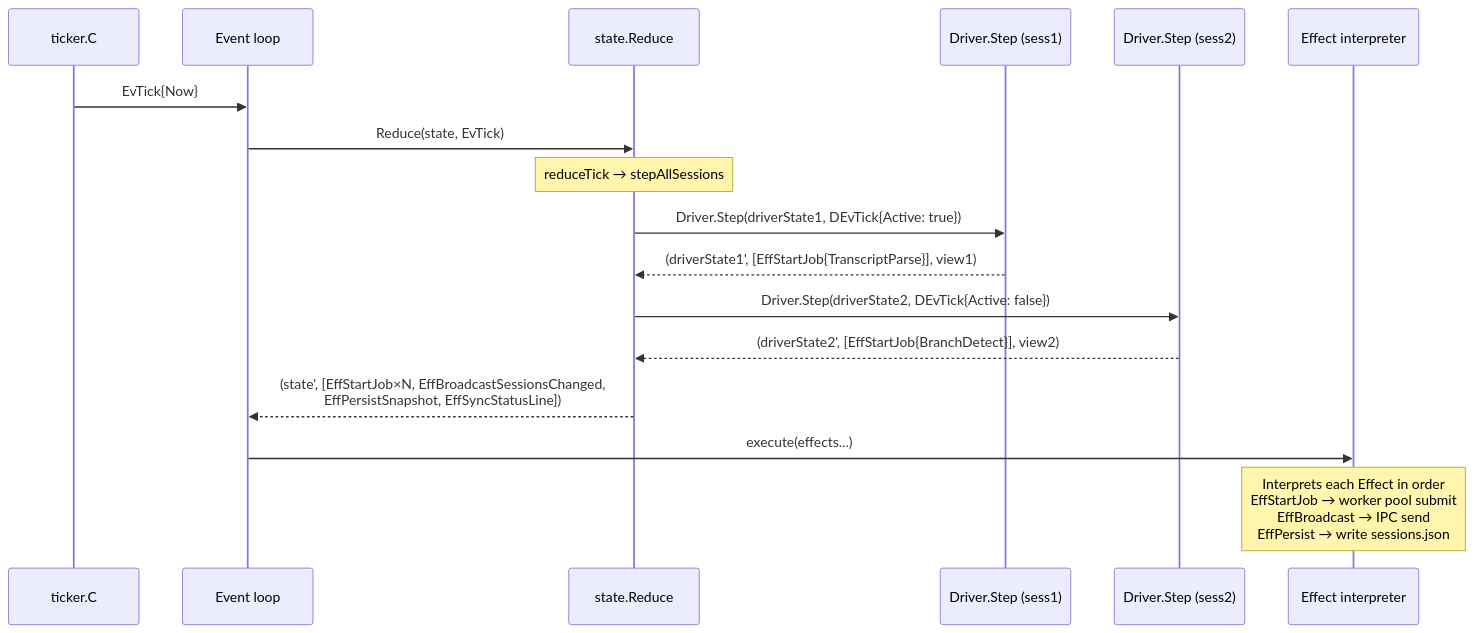
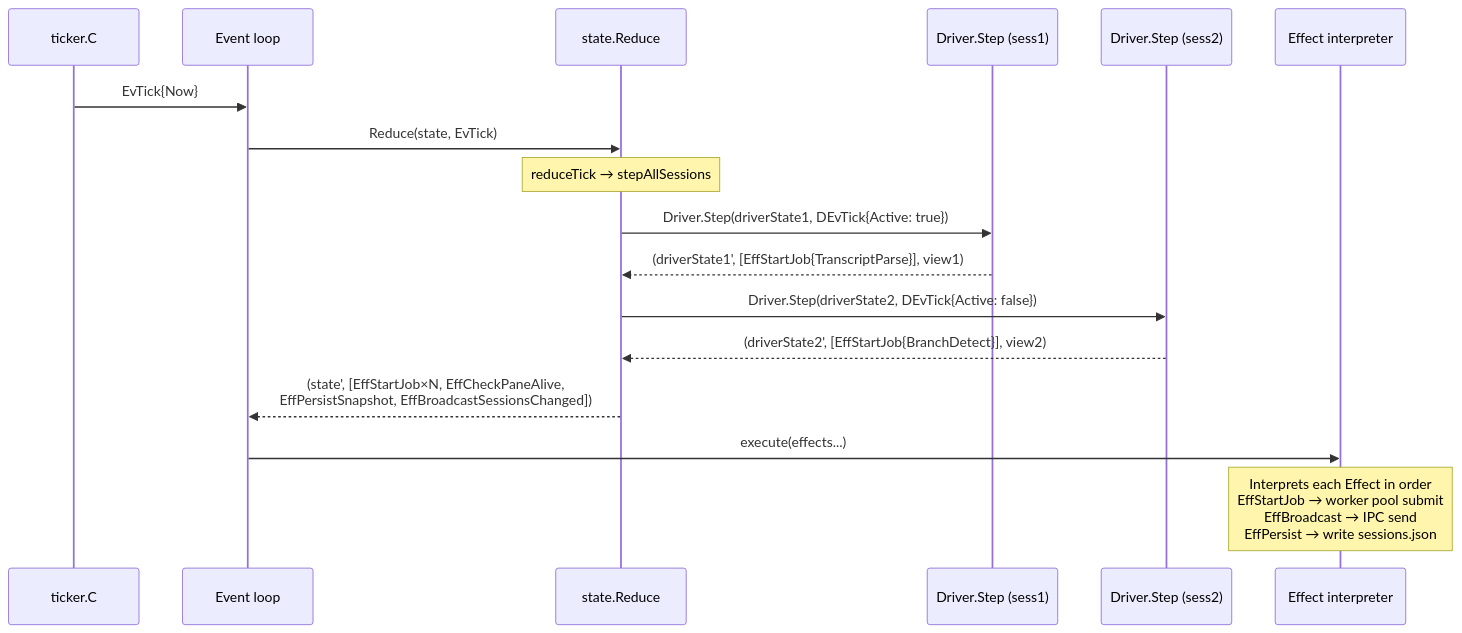
One commit to takezoh/agent-reactor changed the fifth of 7 diagrams in docs/technical/client/ipc.md. Above: the diagram before and after it, drawn with Mermaid. The commit also changed other lines of this file and 268 other files, not shown here.

````diff
--- a/docs/technical/client/ipc.md
+++ b/docs/technical/client/ipc.md
@@ -217,20 +211,20 @@
 ```mermaid
 sequenceDiagram
     participant Tk as ticker.C
     participant EL as Event loop
     participant Red as state.Reduce
     participant D1 as Driver.Step (sess1)
     participant D2 as Driver.Step (sess2)
     participant Interp as Effect interpreter
 
     Tk->>EL: EvTick{Now}
     EL->>Red: Reduce(state, EvTick)
     Note over Red: reduceTick → stepAllSessions
     Red->>D1: Driver.Step(driverState1, DEvTick{Active: true})
     D1-->>Red: (driverState1', [EffStartJob{TranscriptParse}], view1)
     Red->>D2: Driver.Step(driverState2, DEvTick{Active: false})
     D2-->>Red: (driverState2', [EffStartJob{BranchDetect}], view2)
-    Red-->>EL: (state', [EffStartJob×N, EffBroadcastSessionsChanged,<br/>EffPersistSnapshot, EffSyncStatusLine])
+    Red-->>EL: (state', [EffStartJob×N, EffCheckPaneAlive,<br/>EffPersistSnapshot, EffBroadcastSessionsChanged])
     EL->>Interp: execute(effects...)
     Note over Interp: Interprets each Effect in order<br/>EffStartJob → worker pool submit<br/>EffBroadcast → IPC send<br/>EffPersist → write sessions.json
 ```
````
